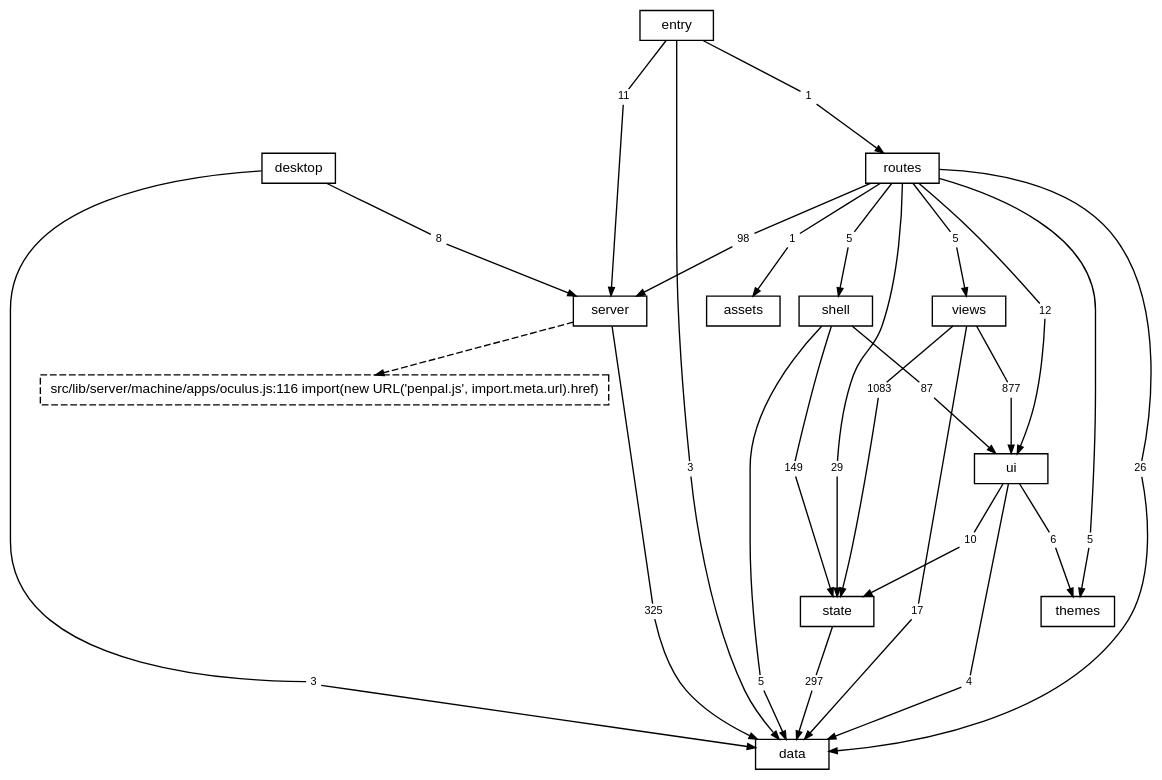
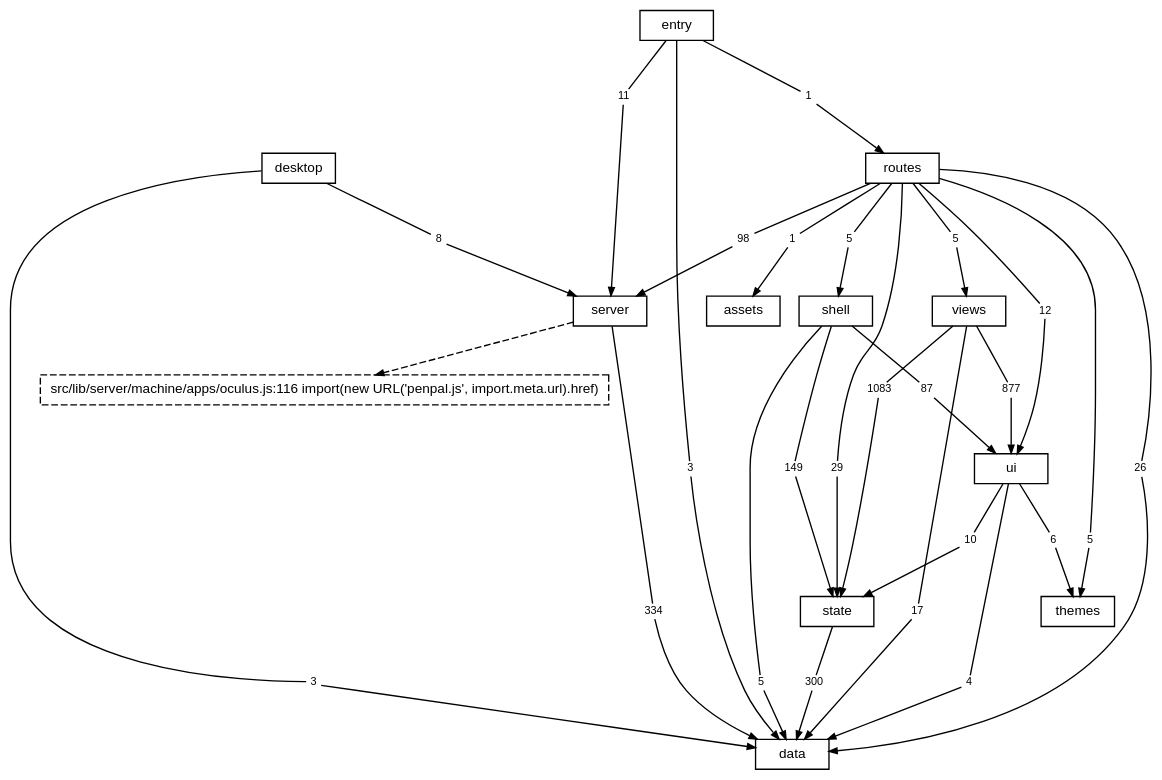
One commit to TheAxeC/oculus changed the diagram in docs/diagrams/layers.dot. Above: the diagram before and after it, drawn with Graphviz. The commit also changed 113 other files, not shown here.

```diff
--- a/docs/diagrams/layers.dot
+++ b/docs/diagrams/layers.dot
@@ -1,90 +1,90 @@
 digraph layers {
     graph [bgcolor="transparent", rankdir=TB, newrank=true, fontname="Helvetica,Arial,sans-serif", fontsize=12, nodesep=0.2, ranksep=0.5];
     node [shape=box, color="black", fontcolor="black", fontname="Helvetica,Arial,sans-serif", fontsize=10, height=0.3, margin="0.12,0.04"];
     edge [color="black", fontcolor="black", fontname="Helvetica,Arial,sans-serif", fontsize=8, arrowsize=0.6];
     "data";
     "server";
     "state";
     "ui";
     "shell";
     "views";
     "themes";
     "routes";
     "desktop";
     "src" [label="entry"];
     "files: assets" [label="assets"];
     "? src/lib/server/machine/apps/oculus.js:116" [label="src/lib/server/machine/apps/oculus.js:116 import(new URL('penpal.js', import.meta.url).href)", style=dashed];
     "desktop to data" [label="3", shape=box, color="transparent", fontsize=8, width=0, height=0, margin="0.04,0.02"];
     "desktop" -> "desktop to data" [arrowhead=none];
     "desktop to data" -> "data" [];
     "desktop to server" [label="8", shape=box, color="transparent", fontsize=8, width=0, height=0, margin="0.04,0.02"];
     "desktop" -> "desktop to server" [arrowhead=none];
     "desktop to server" -> "server" [];
     "routes to data" [label="26", shape=box, color="transparent", fontsize=8, width=0, height=0, margin="0.04,0.02"];
     "routes" -> "routes to data" [arrowhead=none];
     "routes to data" -> "data" [];
     "routes to files: assets" [label="1", shape=box, color="transparent", fontsize=8, width=0, height=0, margin="0.04,0.02"];
     "routes" -> "routes to files: assets" [arrowhead=none];
     "routes to files: assets" -> "files: assets" [];
     "routes to server" [label="98", shape=box, color="transparent", fontsize=8, width=0, height=0, margin="0.04,0.02"];
     "routes" -> "routes to server" [arrowhead=none];
     "routes to server" -> "server" [];
     "routes to shell" [label="5", shape=box, color="transparent", fontsize=8, width=0, height=0, margin="0.04,0.02"];
     "routes" -> "routes to shell" [arrowhead=none];
     "routes to shell" -> "shell" [];
     "routes to state" [label="29", shape=box, color="transparent", fontsize=8, width=0, height=0, margin="0.04,0.02"];
     "routes" -> "routes to state" [arrowhead=none];
     "routes to state" -> "state" [];
     "routes to themes" [label="5", shape=box, color="transparent", fontsize=8, width=0, height=0, margin="0.04,0.02"];
     "routes" -> "routes to themes" [arrowhead=none];
     "routes to themes" -> "themes" [];
     "routes to ui" [label="12", shape=box, color="transparent", fontsize=8, width=0, height=0, margin="0.04,0.02"];
     "routes" -> "routes to ui" [arrowhead=none];
     "routes to ui" -> "ui" [];
     "routes to views" [label="5", shape=box, color="transparent", fontsize=8, width=0, height=0, margin="0.04,0.02"];
     "routes" -> "routes to views" [arrowhead=none];
     "routes to views" -> "views" [];
-    "server to data" [label="325", shape=box, color="transparent", fontsize=8, width=0, height=0, margin="0.04,0.02"];
+    "server to data" [label="334", shape=box, color="transparent", fontsize=8, width=0, height=0, margin="0.04,0.02"];
     "server" -> "server to data" [arrowhead=none];
     "server to data" -> "data" [];
     "shell to data" [label="5", shape=box, color="transparent", fontsize=8, width=0, height=0, margin="0.04,0.02"];
     "shell" -> "shell to data" [arrowhead=none];
     "shell to data" -> "data" [];
     "shell to state" [label="149", shape=box, color="transparent", fontsize=8, width=0, height=0, margin="0.04,0.02"];
     "shell" -> "shell to state" [arrowhead=none];
     "shell to state" -> "state" [];
     "shell to ui" [label="87", shape=box, color="transparent", fontsize=8, width=0, height=0, margin="0.04,0.02"];
     "shell" -> "shell to ui" [arrowhead=none];
     "shell to ui" -> "ui" [];
     "src to data" [label="3", shape=box, color="transparent", fontsize=8, width=0, height=0, margin="0.04,0.02"];
     "src" -> "src to data" [arrowhead=none];
     "src to data" -> "data" [];
     "src to routes" [label="1", shape=box, color="transparent", fontsize=8, width=0, height=0, margin="0.04,0.02"];
     "src" -> "src to routes" [arrowhead=none];
     "src to routes" -> "routes" [];
     "src to server" [label="11", shape=box, color="transparent", fontsize=8, width=0, height=0, margin="0.04,0.02"];
     "src" -> "src to server" [arrowhead=none];
     "src to server" -> "server" [];
-    "state to data" [label="297", shape=box, color="transparent", fontsize=8, width=0, height=0, margin="0.04,0.02"];
+    "state to data" [label="300", shape=box, color="transparent", fontsize=8, width=0, height=0, margin="0.04,0.02"];
     "state" -> "state to data" [arrowhead=none];
     "state to data" -> "data" [];
     "ui to data" [label="4", shape=box, color="transparent", fontsize=8, width=0, height=0, margin="0.04,0.02"];
     "ui" -> "ui to data" [arrowhead=none];
     "ui to data" -> "data" [];
     "ui to state" [label="10", shape=box, color="transparent", fontsize=8, width=0, height=0, margin="0.04,0.02"];
     "ui" -> "ui to state" [arrowhead=none];
     "ui to state" -> "state" [];
     "ui to themes" [label="6", shape=box, color="transparent", fontsize=8, width=0, height=0, margin="0.04,0.02"];
     "ui" -> "ui to themes" [arrowhead=none];
     "ui to themes" -> "themes" [];
     "views to data" [label="17", shape=box, color="transparent", fontsize=8, width=0, height=0, margin="0.04,0.02"];
     "views" -> "views to data" [arrowhead=none];
     "views to data" -> "data" [];
     "views to state" [label="1083", shape=box, color="transparent", fontsize=8, width=0, height=0, margin="0.04,0.02"];
     "views" -> "views to state" [arrowhead=none];
     "views to state" -> "state" [];
     "views to ui" [label="877", shape=box, color="transparent", fontsize=8, width=0, height=0, margin="0.04,0.02"];
     "views" -> "views to ui" [arrowhead=none];
     "views to ui" -> "ui" [];
     "server" -> "? src/lib/server/machine/apps/oculus.js:116" [style=dashed];
 }
```
